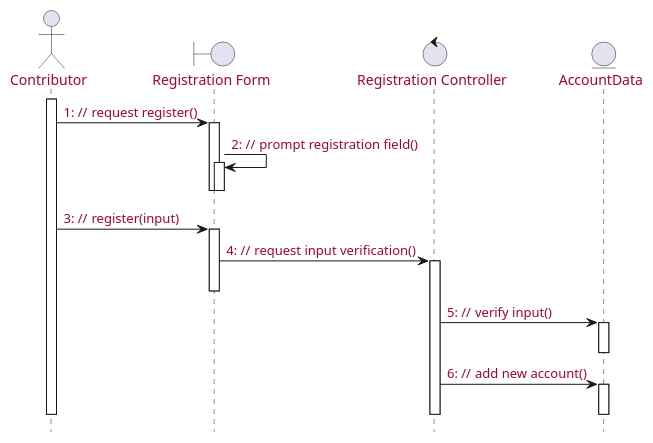
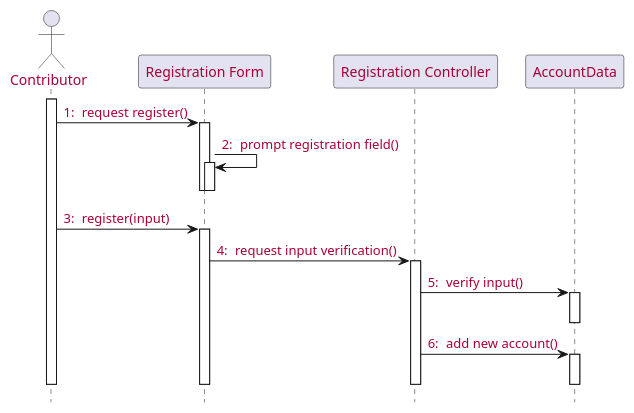
The first of 8 diagrams in source/solution/use-case-design.rst (McSinyx/ipppi), drawn with PlantUML before and after one commit. The commit also changed other lines of this file, not shown here.

```diff
--- a/source/solution/use-case-design.rst
+++ b/source/solution/use-case-design.rst
@@ -16,27 +16,27 @@
 .. uml::
 
    skinparam defaultFontColor #a80036
-   autonumber "#: //"
+   autonumber "#: "
    autoactivate on
    hide footbox
 
    actor Contributor
-   boundary "Registration Form" as RF
-   control "Registration Controller" as RC
-   entity AccountData
+   participant "Registration Form" as RF
+   participant "Registration Controller" as RC
+   participant AccountData
 
    activate Contributor
    Contributor -> RF : request register()
    RF -> RF : prompt registration field()
    deactivate RF
    deactivate RF
 
    Contributor -> RF : register(input)
    RF -> RC : request input verification()
-   deactivate RF
    RC -> AccountData : verify input()
    deactivate AccountData
    RC -> AccountData : add new account()
    deactivate AccountData
    deactivate RC
+   deactivate RF
    deactivate Contributor
```
